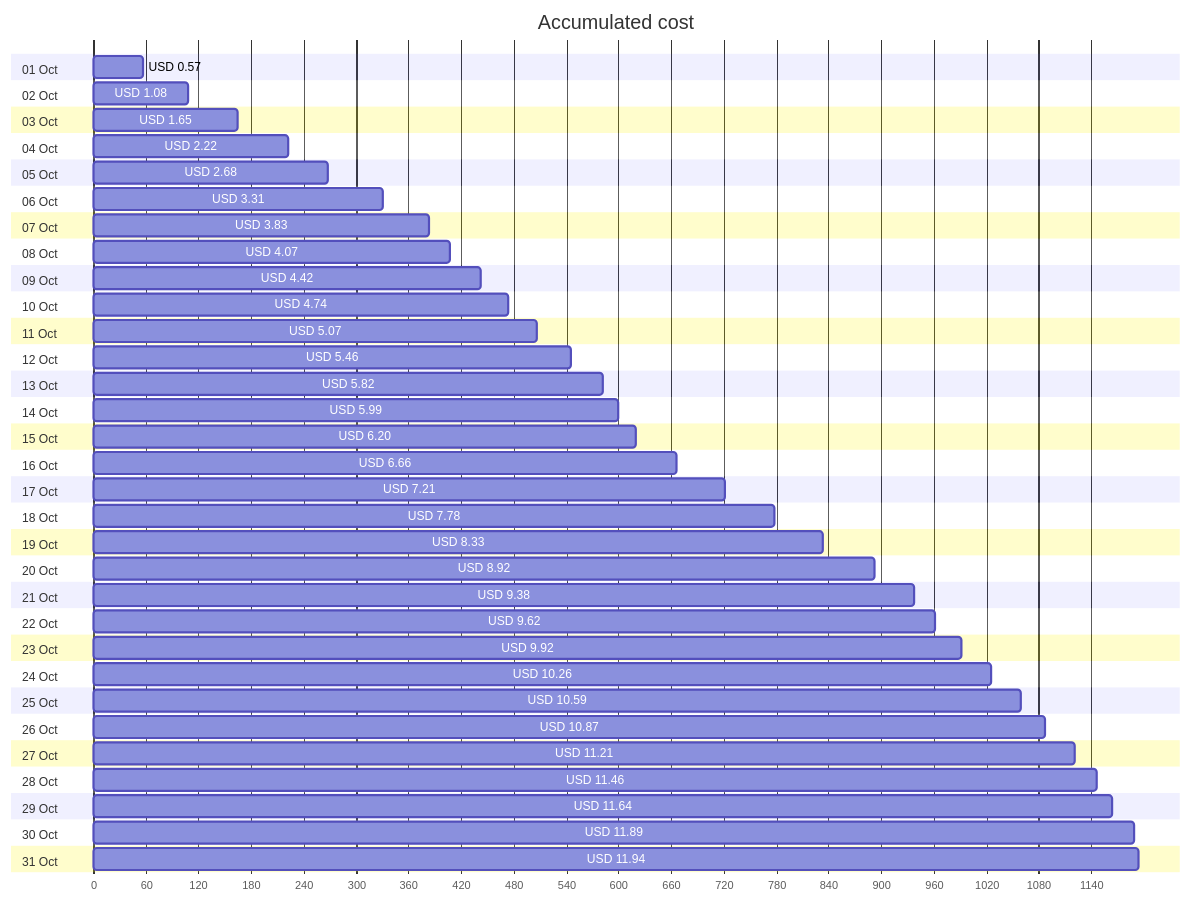
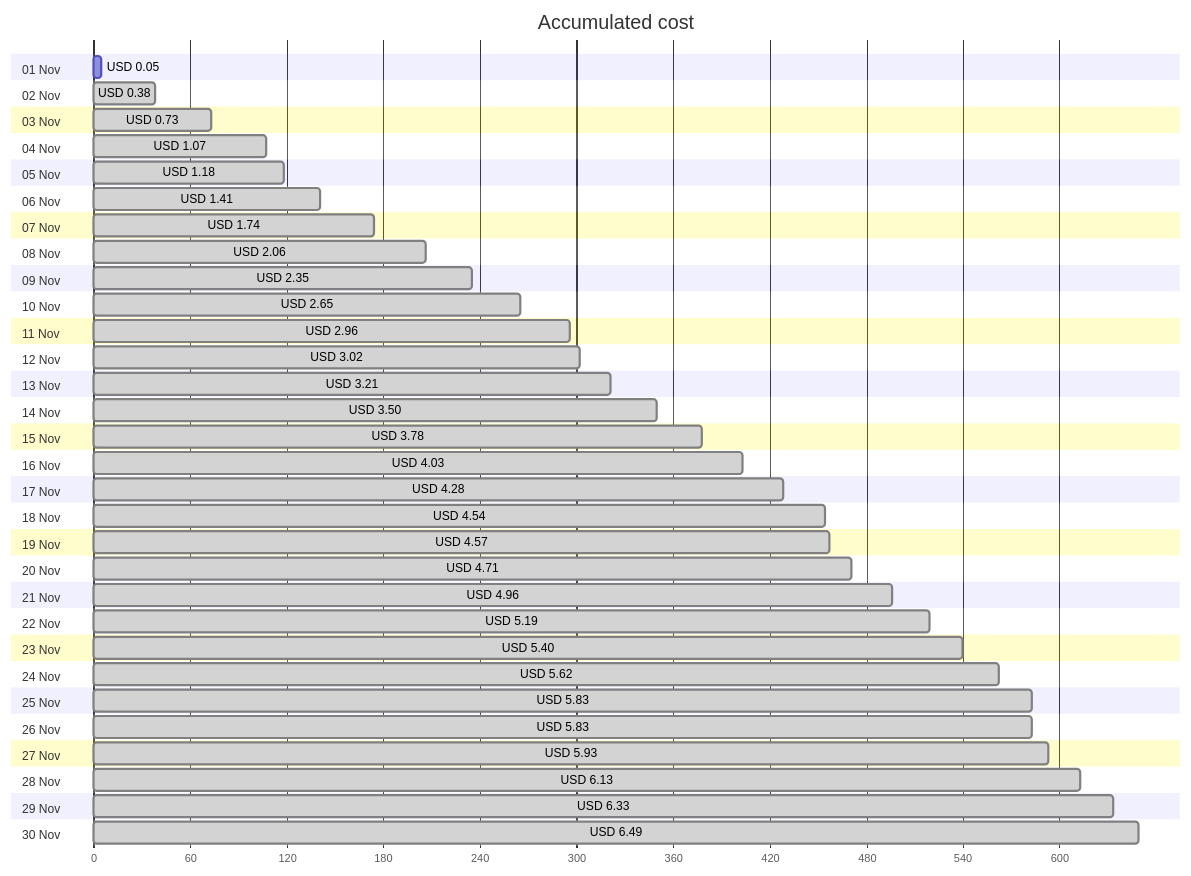
Before and after one commit to jpfulton/azure-personal-reports: the first of 4 diagrams in cost-reports/personal-network/vpn-server.md, drawn with Mermaid. The commit also changed other lines of this file and 8 other files, not shown here.

````diff
--- a/cost-reports/personal-network/vpn-server.md
+++ b/cost-reports/personal-network/vpn-server.md
@@ -20,68 +20,66 @@
 ```mermaid
 gantt
    title Accumulated cost
    dateFormat  X
    axisFormat %s
-   section 01 Oct
-   USD 0.57 :0, 57
-   section 02 Oct
-   USD 1.08 :0, 108
-   section 03 Oct
-   USD 1.65 :0, 165
-   section 04 Oct
-   USD 2.22 :0, 222
-   section 05 Oct
-   USD 2.68 :0, 268
-   section 06 Oct
-   USD 3.31 :0, 331
-   section 07 Oct
-   USD 3.83 :0, 383
-   section 08 Oct
-   USD 4.07 :0, 407
-   section 09 Oct
-   USD 4.42 :0, 442
-   section 10 Oct
-   USD 4.74 :0, 474
-   section 11 Oct
-   USD 5.07 :0, 507
-   section 12 Oct
-   USD 5.46 :0, 546
-   section 13 Oct
-   USD 5.82 :0, 582
-   section 14 Oct
-   USD 5.99 :0, 599
-   section 15 Oct
-   USD 6.20 :0, 620
-   section 16 Oct
-   USD 6.66 :0, 666
-   section 17 Oct
-   USD 7.21 :0, 721
-   section 18 Oct
-   USD 7.78 :0, 778
-   section 19 Oct
-   USD 8.33 :0, 833
-   section 20 Oct
-   USD 8.92 :0, 892
-   section 21 Oct
-   USD 9.38 :0, 938
-   section 22 Oct
-   USD 9.62 :0, 962
-   section 23 Oct
-   USD 9.92 :0, 992
-   section 24 Oct
-   USD 10.26 :0, 1026
-   section 25 Oct
-   USD 10.59 :0, 1059
-   section 26 Oct
-   USD 10.87 :0, 1087
-   section 27 Oct
-   USD 11.21 :0, 1121
-   section 28 Oct
-   USD 11.46 :0, 1146
-   section 29 Oct
-   USD 11.64 :0, 1164
-   section 30 Oct
-   USD 11.89 :0, 1189
-   section 31 Oct
-   USD 11.94 :0, 1194
+   section 01 Nov
+   USD 0.05 :0, 5
+   section 02 Nov
+   USD 0.38 : done, 0, 38
+   section 03 Nov
+   USD 0.73 : done, 0, 73
+   section 04 Nov
+   USD 1.07 : done, 0, 107
+   section 05 Nov
+   USD 1.18 : done, 0, 118
+   section 06 Nov
+   USD 1.41 : done, 0, 141
+   section 07 Nov
+   USD 1.74 : done, 0, 174
+   section 08 Nov
+   USD 2.06 : done, 0, 206
+   section 09 Nov
+   USD 2.35 : done, 0, 235
+   section 10 Nov
+   USD 2.65 : done, 0, 265
+   section 11 Nov
+   USD 2.96 : done, 0, 296
+   section 12 Nov
+   USD 3.02 : done, 0, 302
+   section 13 Nov
+   USD 3.21 : done, 0, 321
+   section 14 Nov
+   USD 3.50 : done, 0, 350
+   section 15 Nov
+   USD 3.78 : done, 0, 378
+   section 16 Nov
+   USD 4.03 : done, 0, 403
+   section 17 Nov
+   USD 4.28 : done, 0, 428
+   section 18 Nov
+   USD 4.54 : done, 0, 454
+   section 19 Nov
+   USD 4.57 : done, 0, 457
+   section 20 Nov
+   USD 4.71 : done, 0, 471
+   section 21 Nov
+   USD 4.96 : done, 0, 496
+   section 22 Nov
+   USD 5.19 : done, 0, 519
+   section 23 Nov
+   USD 5.40 : done, 0, 540
+   section 24 Nov
+   USD 5.62 : done, 0, 562
+   section 25 Nov
+   USD 5.83 : done, 0, 583
+   section 26 Nov
+   USD 5.83 : done, 0, 583
+   section 27 Nov
+   USD 5.93 : done, 0, 593
+   section 28 Nov
+   USD 6.13 : done, 0, 613
+   section 29 Nov
+   USD 6.33 : done, 0, 633
+   section 30 Nov
+   USD 6.49 : done, 0, 649
 ```
````
